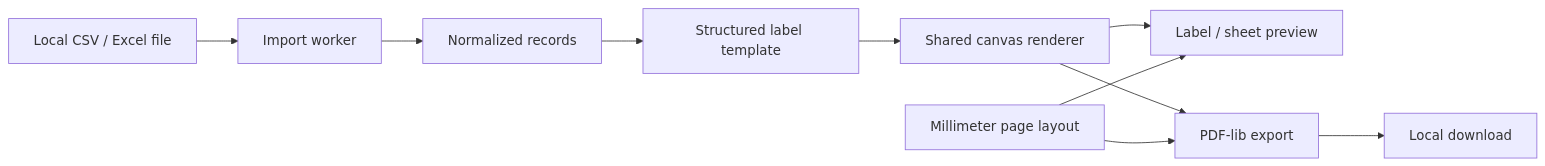
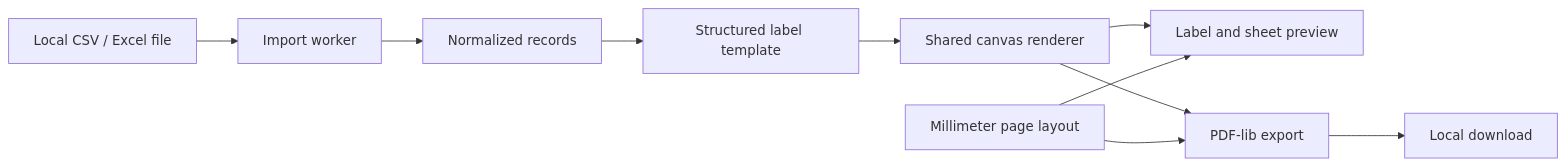
The diagram in docs/architecture.md (private-dev-ph/AssetTagStudio), drawn with Mermaid before and after one commit. The commit also changed other lines of this file and 8 other files, not shown here.

Commit message:
docs: document architecture and dependency licenses

````diff
--- a/docs/architecture.md
+++ b/docs/architecture.md
@@ -3,12 +5,12 @@
 ```mermaid
 flowchart LR
   File[Local CSV / Excel file] --> Worker[Import worker]
   Worker --> Dataset[Normalized records]
   Dataset --> Template[Structured label template]
   Template --> Renderer[Shared canvas renderer]
-  Renderer --> Preview[Label / sheet preview]
+  Renderer --> Preview[Label and sheet preview]
   Renderer --> PDF[PDF-lib export]
   Layout[Millimeter page layout] --> Preview
   Layout --> PDF
   PDF --> Download[Local download]
 ```
````
